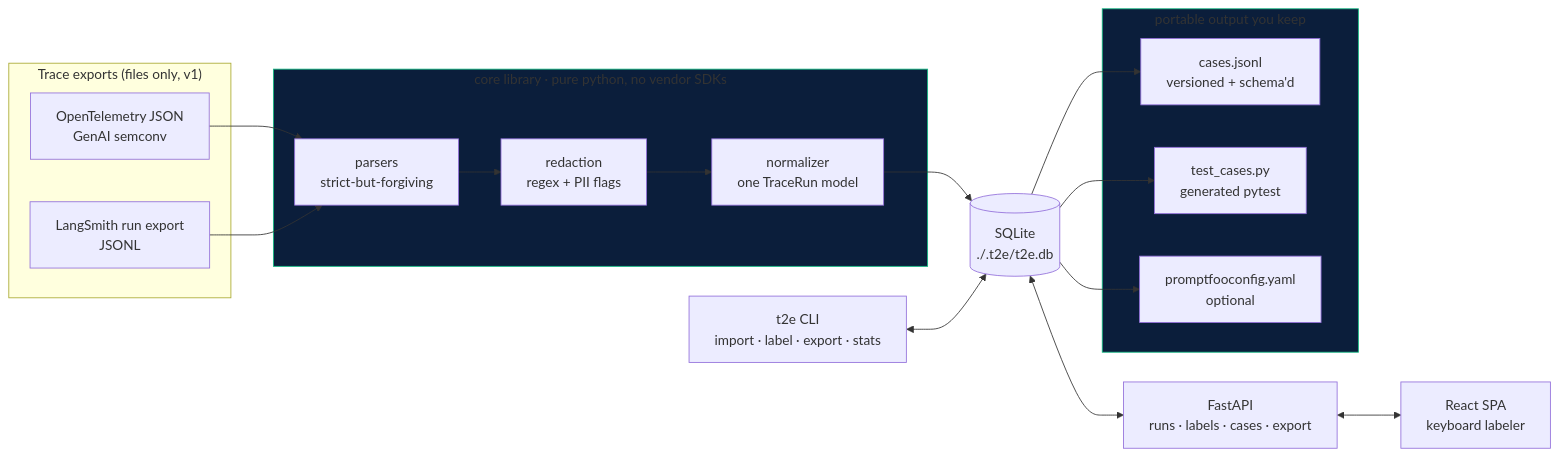
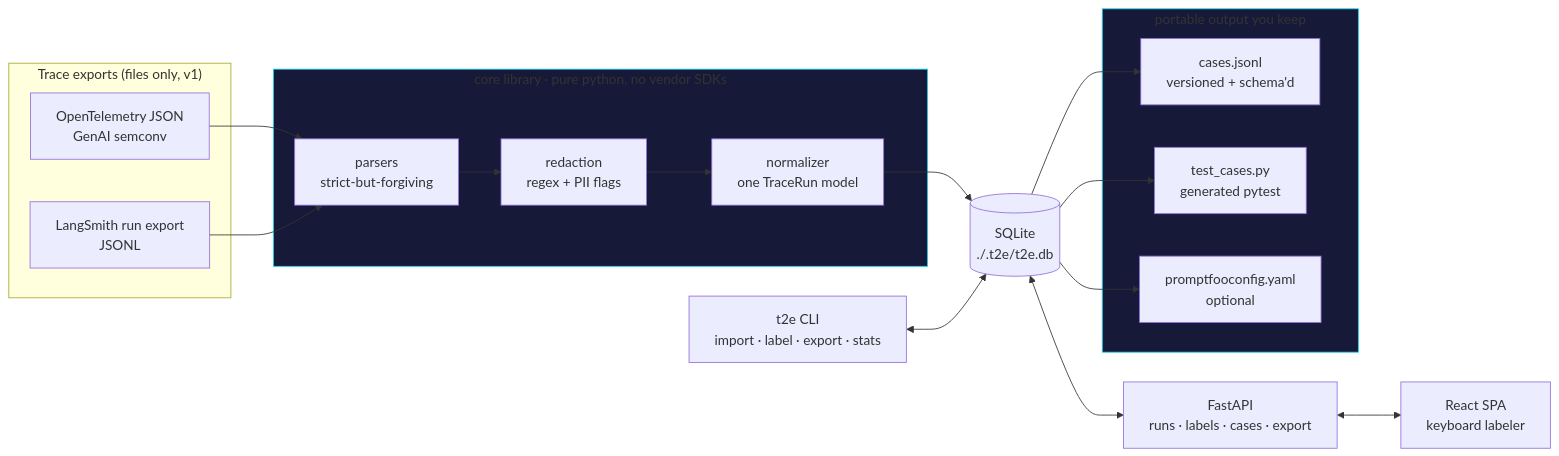
One commit to Muhammad-Aneeq/trace2evals changed the diagram in README.md. Above: the diagram before and after it, drawn with Mermaid. The commit also changed 14 other files, not shown here.

````diff
--- a/README.md
+++ b/README.md
@@ -23,36 +23,36 @@
 ```mermaid
 flowchart LR
     subgraph Inputs["Trace exports (files only, v1)"]
         OTEL["OpenTelemetry JSON<br/>GenAI semconv"]
         LS["LangSmith run export<br/>JSONL"]
     end
 
     subgraph Core["core library · pure python, no vendor SDKs"]
         P["parsers<br/>strict-but-forgiving"]
         RED["redaction<br/>regex + PII flags"]
         N["normalizer<br/>one TraceRun model"]
         P --> RED --> N
     end
 
     DB[("SQLite<br/>./.t2e/t2e.db")]
     API["FastAPI<br/>runs · labels · cases · export"]
     SPA["React SPA<br/>keyboard labeler"]
     CLI["t2e CLI<br/>import · label · export · stats"]
 
     subgraph Outputs["portable output you keep"]
         JSONL["cases.jsonl<br/>versioned + schema'd"]
         PYTEST["test_cases.py<br/>generated pytest"]
         PF["promptfooconfig.yaml<br/>optional"]
     end
 
     OTEL --> P
     LS --> P
     N --> DB
     DB <--> API
     API <--> SPA
     CLI <--> DB
     DB --> JSONL & PYTEST & PF
 
-    style Outputs fill:#0B1E3B,stroke:#10B981
-    style Core fill:#0B1E3B,stroke:#10B981
+    style Outputs fill:#161A38,stroke:#22D3EE
+    style Core fill:#161A38,stroke:#22D3EE
 ```
````
